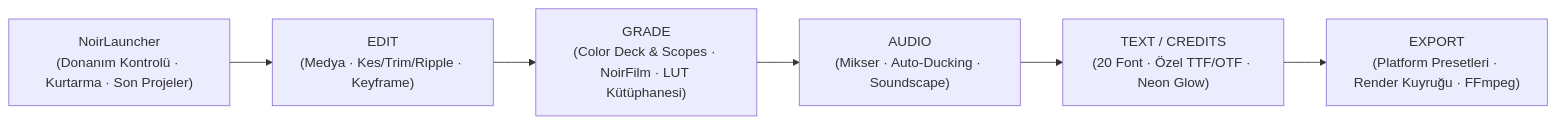
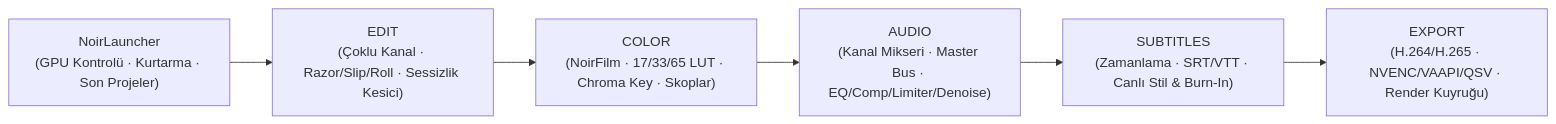
One commit to lakhermony/NoirCut changed the diagram in README.md. Above: the diagram before and after it, drawn with Mermaid. The commit also changed other lines of this file and 3 other files, not shown here.

Commit message:
release(v1.0.4): NoirCut Studio v1.0.4 with full multi-track NLE, NoirFilm engine, audio mixer/DSP, subtitle burn-in, smart proxy, and render queue

````diff
--- a/README.md
+++ b/README.md
@@ -69,8 +83,8 @@
 ```mermaid
 flowchart LR
-    L["NoirLauncher\n(Donanım Kontrolü · Kurtarma · Son Projeler)"] --> E["EDIT\n(Medya · Kes/Trim/Ripple · Keyframe)"]
-    E --> G["GRADE\n(Color Deck & Scopes · NoirFilm · LUT Kütüphanesi)"]
-    G --> A["AUDIO\n(Mikser · Auto-Ducking · Soundscape)"]
-    A --> C["TEXT / CREDITS\n(20 Font · Özel TTF/OTF · Neon Glow)"]
-    C --> X["EXPORT\n(Platform Presetleri · Render Kuyruğu · FFmpeg)"]
+    L["NoirLauncher\n(GPU Kontrolü · Kurtarma · Son Projeler)"] --> E["EDIT\n(Çoklu Kanal · Razor/Slip/Roll · Sessizlik Kesici)"]
+    E --> G["COLOR\n(NoirFilm · 17/33/65 LUT · Chroma Key · Skoplar)"]
+    G --> A["AUDIO\n(Kanal Mikseri · Master Bus · EQ/Comp/Limiter/Denoise)"]
+    A --> S["SUBTITLES\n(Zamanlama · SRT/VTT · Canlı Stil & Burn-In)"]
+    S --> X["EXPORT\n(H.264/H.265 · NVENC/VAAPI/QSV · Render Kuyruğu)"]
 ```
````
